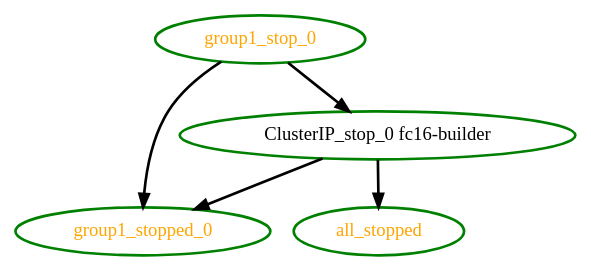
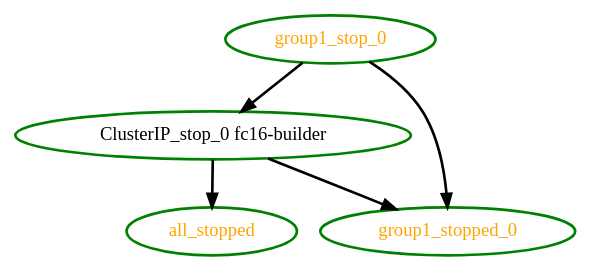
The diagram in pengine/test10/bug-1514-GROUP-A-stopped-B-started.dot (ClusterLabs/pacemaker), drawn with Graphviz before and after one commit. The commit also changed 10 other files, not shown here.

```diff
--- a/pengine/test10/bug-1514-GROUP-A-stopped-B-started.dot
+++ b/pengine/test10/bug-1514-GROUP-A-stopped-B-started.dot
@@ -1,10 +1,10 @@
- digraph "g" {
-"group1_stopped_0" [ style=bold color="green" fontcolor="orange"]
-"group1_stop_0" [ style=bold color="green" fontcolor="orange"]
+digraph "g" {
+"ClusterIP_stop_0 fc16-builder" -> "all_stopped" [ style = bold]
+"ClusterIP_stop_0 fc16-builder" -> "group1_stopped_0" [ style = bold]
 "ClusterIP_stop_0 fc16-builder" [ style=bold color="green" fontcolor="black"]
 "all_stopped" [ style=bold color="green" fontcolor="orange"]
-"ClusterIP_stop_0 fc16-builder" -> "group1_stopped_0" [ style = bold]
+"group1_stop_0" -> "ClusterIP_stop_0 fc16-builder" [ style = bold]
 "group1_stop_0" -> "group1_stopped_0" [ style = bold]
-"group1_stop_0" -> "ClusterIP_stop_0 fc16-builder" [ style = bold]
-"ClusterIP_stop_0 fc16-builder" -> "all_stopped" [ style = bold]
+"group1_stop_0" [ style=bold color="green" fontcolor="orange"]
+"group1_stopped_0" [ style=bold color="green" fontcolor="orange"]
 }
```
